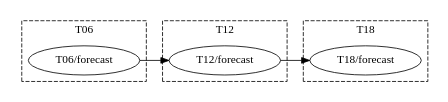
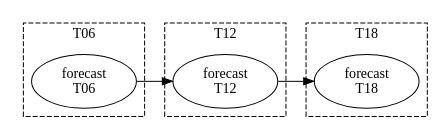
One commit to cylc/cylc-doc changed the fourth of 5 diagrams in src/tutorial/scheduling/datetime-cycling.rst. Above: the diagram before and after it, drawn with Graphviz. The commit also changed other lines of this file, not shown here.

```diff
--- a/src/tutorial/scheduling/datetime-cycling.rst
+++ b/src/tutorial/scheduling/datetime-cycling.rst
@@ -553,25 +553,25 @@
       .. digraph:: example
          :align: center
 
          size = "4,1.5"
          rankdir=LR
 
          subgraph cluster_T06 {
              label="T06"
              style="dashed"
-             "forecast.t06" [label="T06/forecast"]
+             "forecast.t06" [label="forecast\nT06"]
          }
 
          subgraph cluster_T12 {
              label="T12"
              style="dashed"
-             "forecast.t12" [label="T12/forecast"]
+             "forecast.t12" [label="forecast\nT12"]
          }
 
          subgraph cluster_T18 {
              label="T18"
              style="dashed"
-             "forecast.t18" [label="T18/forecast"]
+             "forecast.t18" [label="forecast\nT18"]
          }
 
          "forecast.t06" -> "forecast.t12" -> "forecast.t18"
```
